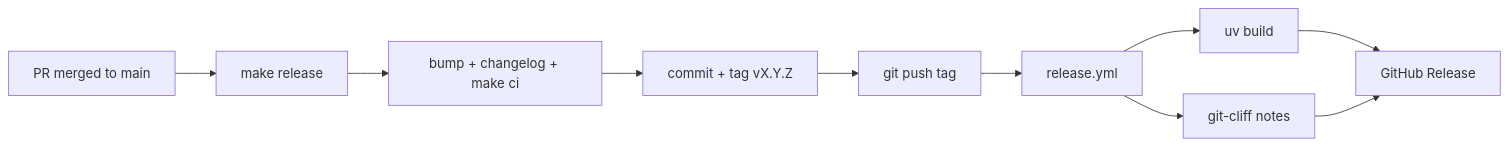
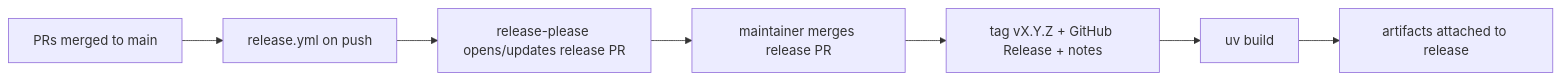
One commit to jbb10/nest changed the second of 2 diagrams in CONTRIBUTING.md. Above: the diagram before and after it, drawn with Mermaid. The commit also changed other lines of this file and 10 other files, not shown here.

First line of the commit message:
ci: move release into the pipeline with release-please and run all tests

````diff
--- a/CONTRIBUTING.md
+++ b/CONTRIBUTING.md
@@ -153,11 +142,9 @@
 ```mermaid
 flowchart LR
-    A[PR merged to main] --> B[make release]
-    B --> C[bump + changelog + make ci]
-    C --> D[commit + tag vX.Y.Z]
-    D --> E[git push tag]
-    E --> F[release.yml]
-    F --> G[uv build]
-    F --> H[git-cliff notes]
-    G & H --> I[GitHub Release]
+    A[PRs merged to main] --> B[release.yml on push]
+    B --> C[release-please opens/updates release PR]
+    C --> D[maintainer merges release PR]
+    D --> E[tag vX.Y.Z + GitHub Release + notes]
+    E --> F[uv build]
+    F --> G[artifacts attached to release]
 ```
````
